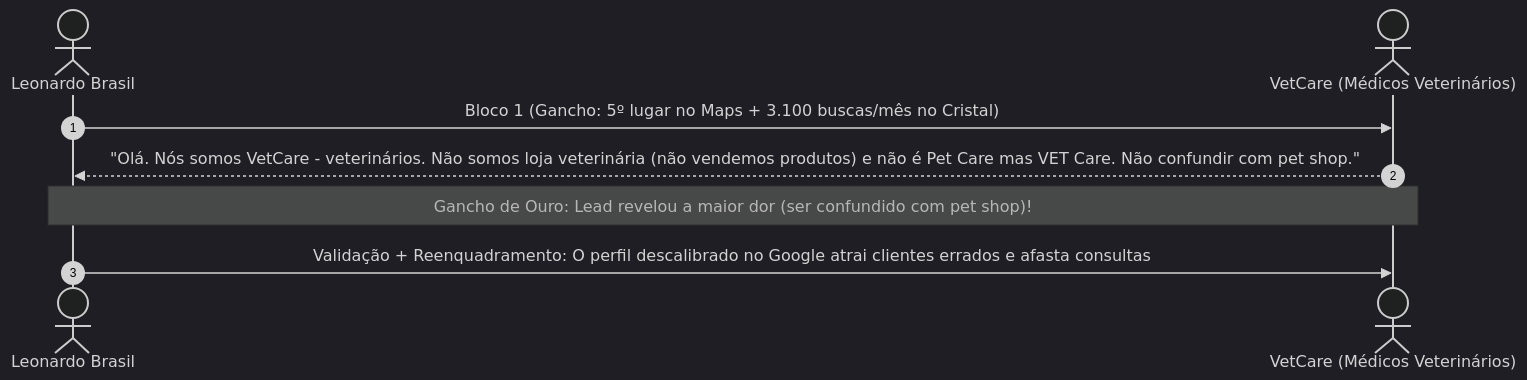
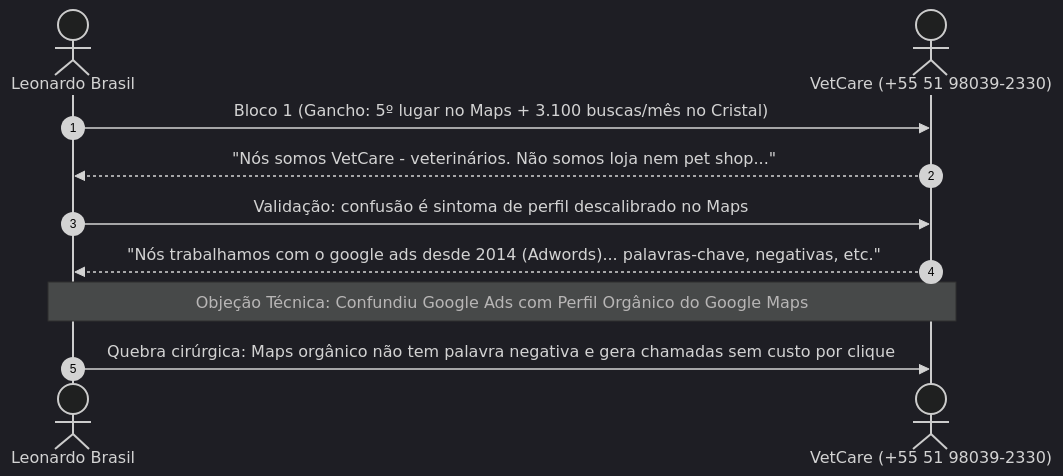
One commit to leoferrazdev/leonardo-brasil changed the diagram in cofre-leonardo-brasil/30 - Comercial e CRM/04 - Negociações Ativas (Rodada 02)/V-012 - VetCare Atendimento Veterinário.md. Above: the diagram before and after it, drawn with Mermaid (dark theme). The commit also changed other lines of this file, not shown here.

Commit message:
docs(crm): atualiza ficha de negociacao ativa VetCare V-012 com quebra de objecao google ads

````diff
--- a/cofre-leonardo-brasil/30 - Comercial e CRM/04 - Negociações Ativas (Rodada 02)/V-012 - VetCare Atendimento Veterinário.md
+++ b/cofre-leonardo-brasil/30 - Comercial e CRM/04 - Negociações Ativas (Rodada 02)/V-012 - VetCare Atendimento Veterinário.md
@@ -45,11 +49,13 @@
 ```mermaid
 sequenceDiagram
     autonumber
     actor Leo as Leonardo Brasil
-    actor VetCare as VetCare (Médicos Veterinários)
+    actor VetCare as VetCare (+55 51 98039-2330)
     
     Leo->>VetCare: Bloco 1 (Gancho: 5º lugar no Maps + 3.100 buscas/mês no Cristal)
-    VetCare-->>Leo: "Olá. Nós somos VetCare - veterinários. Não somos loja veterinária (não vendemos produtos) e não é Pet Care mas VET Care. Não confundir com pet shop."
-    Note over Leo,VetCare: Gancho de Ouro: Lead revelou a maior dor (ser confundido com pet shop)!
-    Leo->>VetCare: Validação + Reenquadramento: O perfil descalibrado no Google atrai clientes errados e afasta consultas
+    VetCare-->>Leo: "Nós somos VetCare - veterinários. Não somos loja nem pet shop..."
+    Leo->>VetCare: Validação: confusão é sintoma de perfil descalibrado no Maps
+    VetCare-->>Leo: "Nós trabalhamos com o google ads desde 2014 (Adwords)... palavras-chave, negativas, etc."
+    Note over Leo,VetCare: Objeção Técnica: Confundiu Google Ads com Perfil Orgânico do Google Maps
+    Leo->>VetCare: Quebra cirúrgica: Maps orgânico não tem palavra negativa e gera chamadas sem custo por clique
 ```
````
